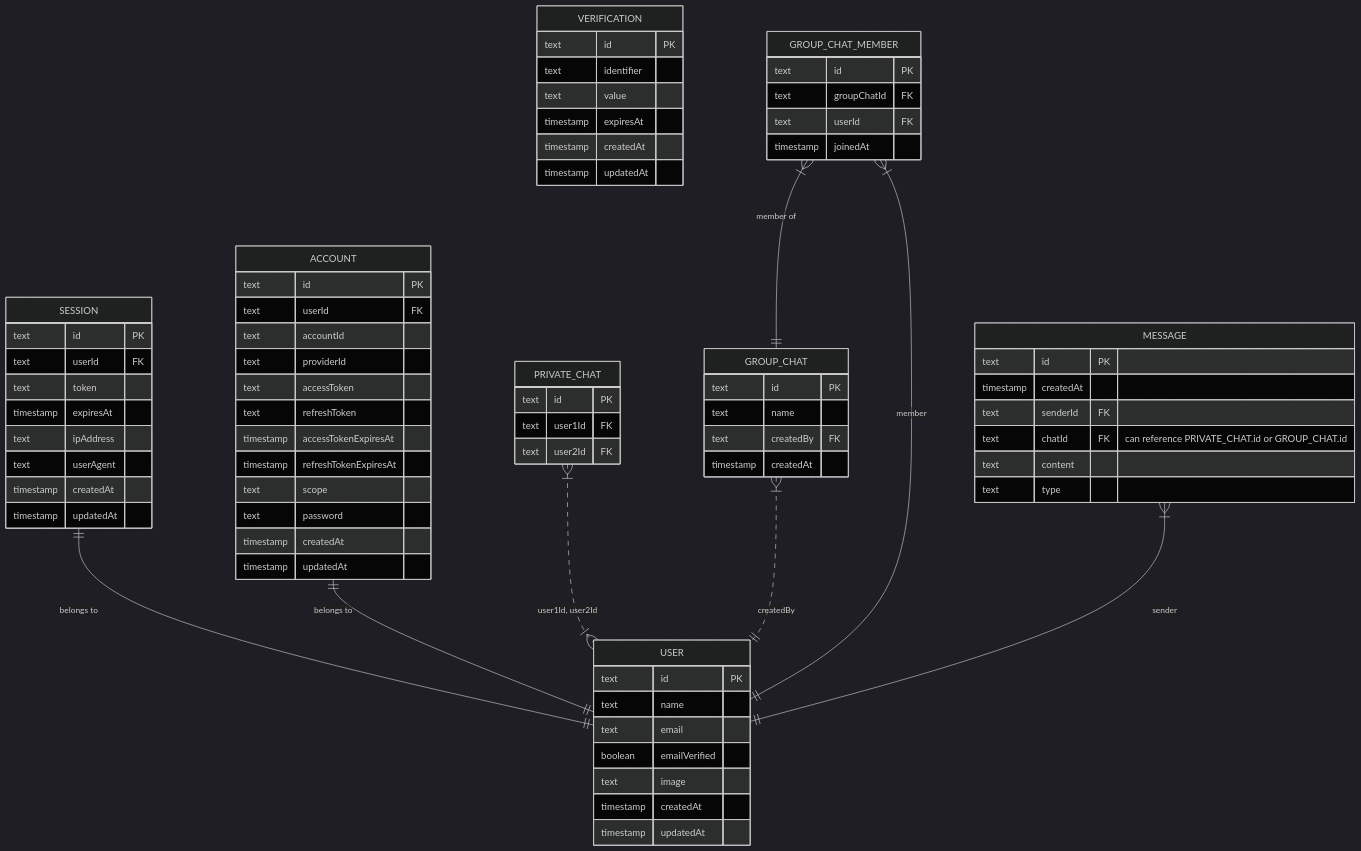
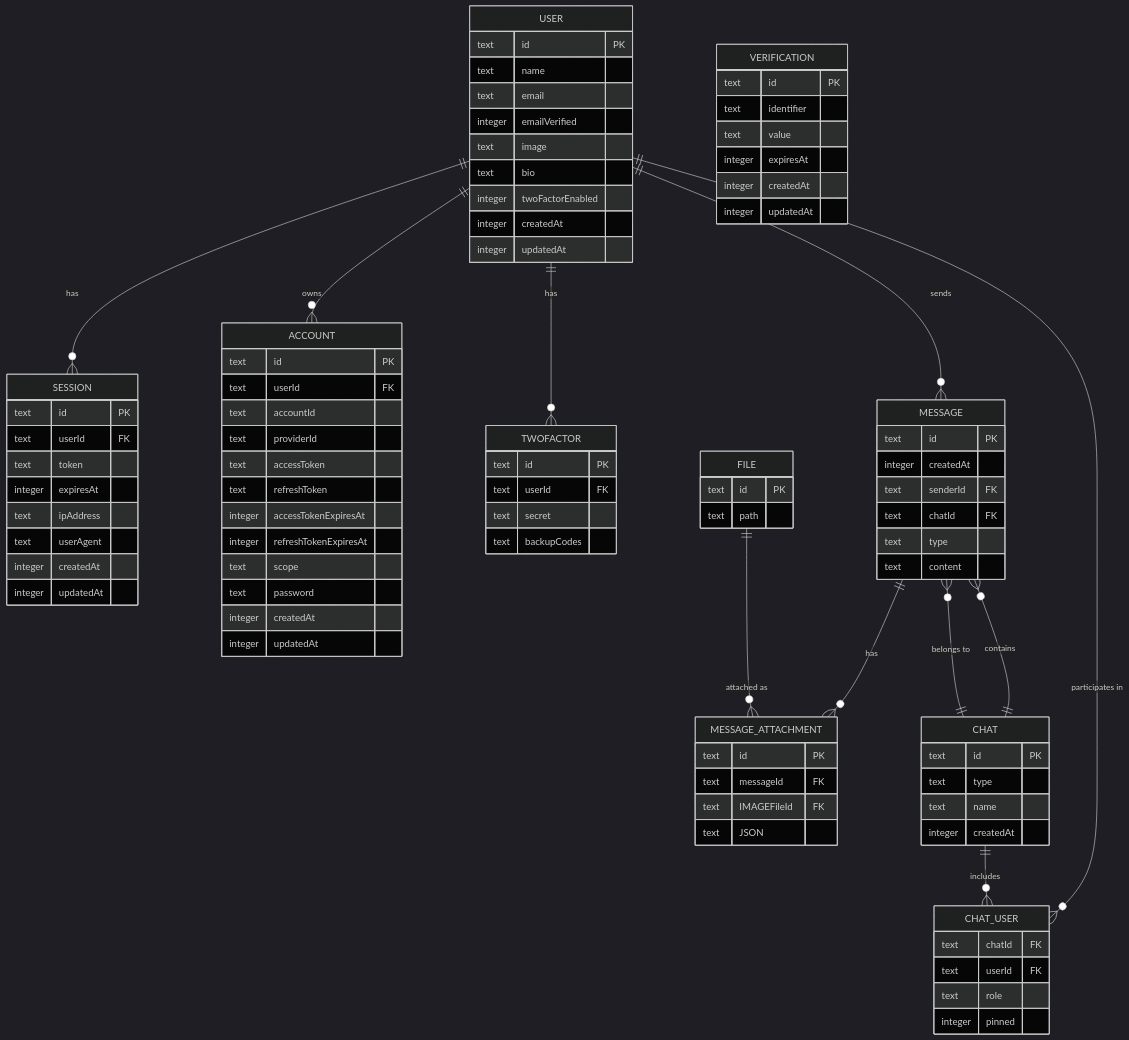
Before and after one commit to justAnArthur/slash: the second of 3 diagrams in docs/content/docs/(01-tech-overview)/architecture.mdx, drawn with Mermaid (dark theme). The commit also changed other lines of this file and 5 other files, not shown here.

Commit message:
chore: added third-party-api-usage.mdx chore: update diagrams based on new schemas chore: added mobile typedoc .service fix: class 2 className

````diff
--- a/docs/content/docs/(01-tech-overview)/architecture.mdx
+++ b/docs/content/docs/(01-tech-overview)/architecture.mdx
@@ -59,21 +59,23 @@
       text id PK
       text name
       text email
-      boolean emailVerified
+      integer emailVerified
       text image
-      timestamp createdAt
-      timestamp updatedAt
+      text bio
+      integer twoFactorEnabled
+      integer createdAt
+      integer updatedAt
     }
 
     SESSION {
       text id PK
       text userId FK
       text token
-      timestamp expiresAt
+      integer expiresAt
       text ipAddress
       text userAgent
-      timestamp createdAt
-      timestamp updatedAt
+      integer createdAt
+      integer updatedAt
     }
 
     ACCOUNT {
@@ -83,58 +85,78 @@
       text providerId
       text accessToken
       text refreshToken
-      timestamp accessTokenExpiresAt
-      timestamp refreshTokenExpiresAt
+      integer accessTokenExpiresAt
+      integer refreshTokenExpiresAt
       text scope
       text password
-      timestamp createdAt
-      timestamp updatedAt
+      integer createdAt
+      integer updatedAt
+    }
+
+    TWOFACTOR {
+      text id PK
+      text userId FK
+      text secret
+      text backupCodes
     }
 
     VERIFICATION {
       text id PK
       text identifier
       text value
-      timestamp expiresAt
-      timestamp createdAt
-      timestamp updatedAt
+      integer expiresAt
+      integer createdAt
+      integer updatedAt
     }
 
-    PRIVATE_CHAT {
+    FILE {
       text id PK
-      text user1Id FK
-      text user2Id FK
-    }
-
-    GROUP_CHAT {
-      text id PK
-      text name
-      text createdBy FK
-      timestamp createdAt
-    }
-
-    GROUP_CHAT_MEMBER {
-      text id PK
-      text groupChatId FK
-      text userId FK
-      timestamp joinedAt
+      text path
     }
 
     MESSAGE {
       text id PK
-      timestamp createdAt
+      integer createdAt
       text senderId FK
-      text chatId FK "can reference PRIVATE_CHAT.id or GROUP_CHAT.id"
+      text chatId FK
+      text type
       text content
+    }
+
+    MESSAGE_ATTACHMENT {
+      text id PK
+      text messageId FK
+      text IMAGEFileId FK
+      text JSON
+    }
+
+    CHAT {
+      text id PK
       text type
+      text name
+      integer createdAt
+    }
+
+    CHAT_USER {
+      text chatId FK
+      text userId FK
+      text role
+      integer pinned
     }
 
     %% Relationships
-    SESSION ||--|| USER : "belongs to"
-    ACCOUNT ||--|| USER : "belongs to"
-    PRIVATE_CHAT }|..|{ USER : "user1Id, user2Id"
-    GROUP_CHAT }|..|| USER : "createdBy"
-    GROUP_CHAT_MEMBER }|--|| GROUP_CHAT : "member of"
-    GROUP_CHAT_MEMBER }|--|| USER : "member"
-    MESSAGE }|--|| USER : "sender"
+    USER ||--o{ SESSION : "has"
+    USER ||--o{ ACCOUNT : "owns"
+    USER ||--o{ TWOFACTOR : "has"
+    USER ||--o{ MESSAGE : "sends"
+    USER ||--o{ CHAT_USER : "participates in"
+
+    CHAT ||--o{ MESSAGE : "contains"
+    CHAT ||--o{ CHAT_USER : "includes"
+
+    MESSAGE ||--o{ MESSAGE_ATTACHMENT : "has"
+    FILE ||--o{ MESSAGE_ATTACHMENT : "attached as"
+
+    %% Message also belongs to a Chat
+    MESSAGE }o--|| CHAT : "belongs to"
 ```
````
